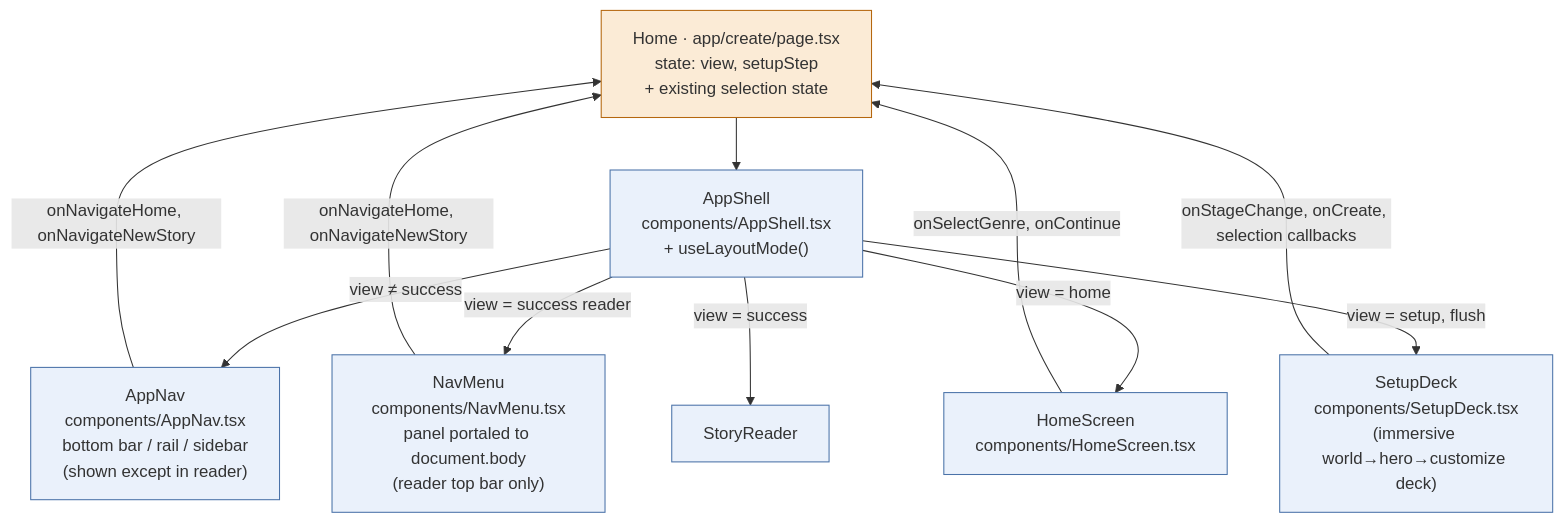
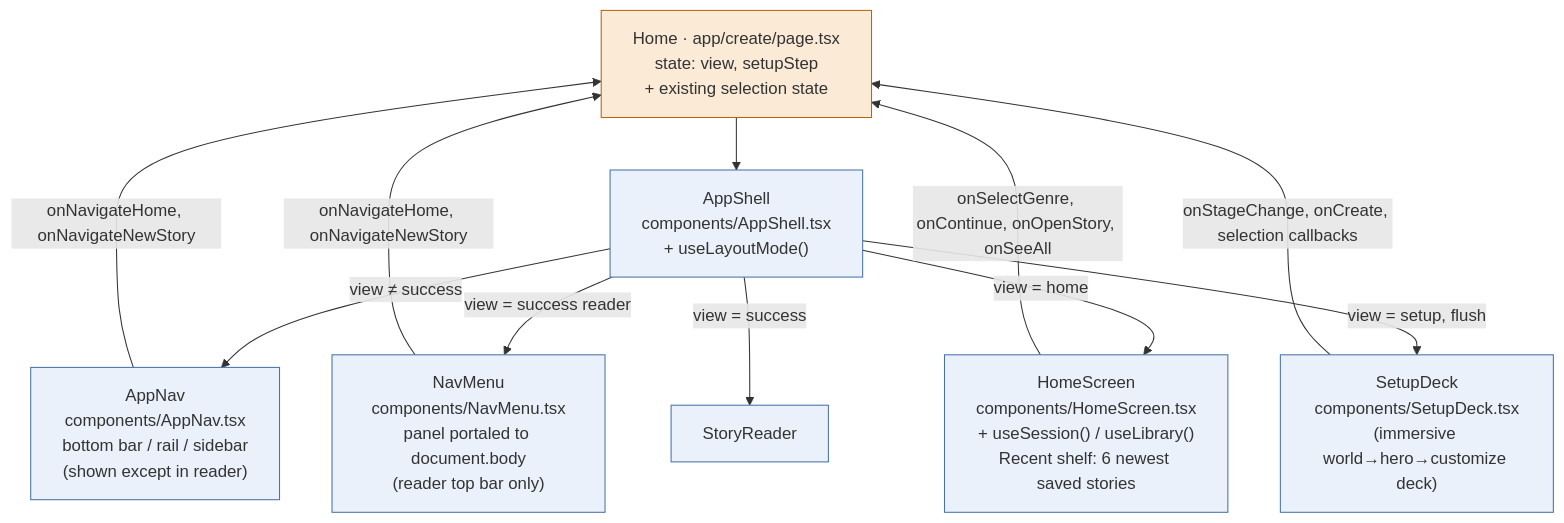
Before and after one commit to aio-studios/children-story-app: the sixth of 11 diagrams in docs/architecture.md, drawn with Mermaid. The commit also changed other lines of this file and 2 other files, not shown here.

Commit message:
docs: Step 8 shipped, and the cover-delete path gained a canonical form
CHANGELOG for the Recent shelf, the four persistence fixes and the cover
deletion fix. architecture.md: the delete path now runs through
canonicalCoverUrl, and the note says why that's load-bearing rather than
tidiness — the check and the delete used different notions of identity.
Home's node in the component tree picks up useSession/useLibrary and its
two new callbacks.

Plan doc to 97%, Step 8 closed, Step 9 (Privacy) current. Five gates now.
Resume point records the deferred useLibrary teardown and that main has
moved under this branch (PR #101).

````diff
--- a/docs/architecture.md
+++ b/docs/architecture.md
@@ -341,26 +341,26 @@
 ```mermaid
 graph TD
   Page["Home · app/create/page.tsx<br/>state: view, setupStep<br/>+ existing selection state"]
   Shell["AppShell<br/>components/AppShell.tsx<br/>+ useLayoutMode()"]
   AppNav["AppNav<br/>components/AppNav.tsx<br/>bottom bar / rail / sidebar<br/>(shown except in reader)"]
   Nav["NavMenu<br/>components/NavMenu.tsx<br/>panel portaled to document.body<br/>(reader top bar only)"]
-  HS["HomeScreen<br/>components/HomeScreen.tsx"]
+  HS["HomeScreen<br/>components/HomeScreen.tsx<br/>+ useSession() / useLibrary()<br/>Recent shelf: 6 newest saved stories"]
   Deck["SetupDeck<br/>components/SetupDeck.tsx<br/>(immersive world→hero→customize deck)"]
   SR["StoryReader"]
 
   Page --> Shell
   Shell -->|view ≠ success| AppNav
   Shell -->|view = success reader| Nav
   Shell -->|view = home| HS
   Shell -->|view = setup, flush| Deck
   Shell -->|view = success| SR
-  HS -->|onSelectGenre, onContinue| Page
+  HS -->|onSelectGenre, onContinue, onOpenStory, onSeeAll| Page
   Deck -->|onStageChange, onCreate, selection callbacks| Page
   AppNav -->|onNavigateHome, onNavigateNewStory| Page
   Nav -->|onNavigateHome, onNavigateNewStory| Page
 
   classDef stateful fill:#FBEBD6,stroke:#B5670E;
   classDef plain fill:#EAF1FB,stroke:#4A72A8;
   class Page stateful;
   class Shell,AppNav,Nav,HS,Deck,SR plain;
 ```
````
